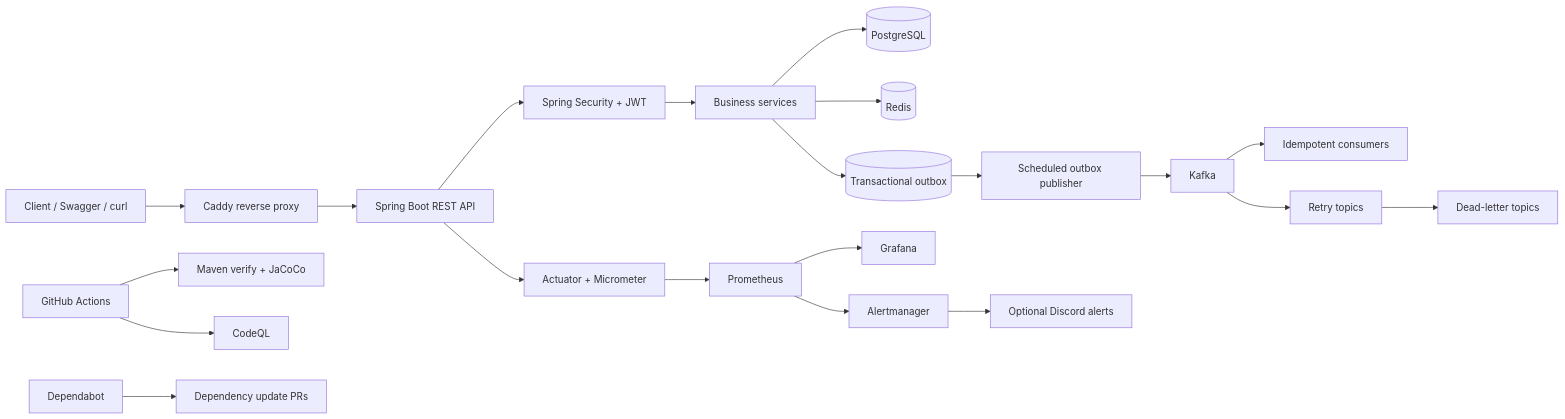
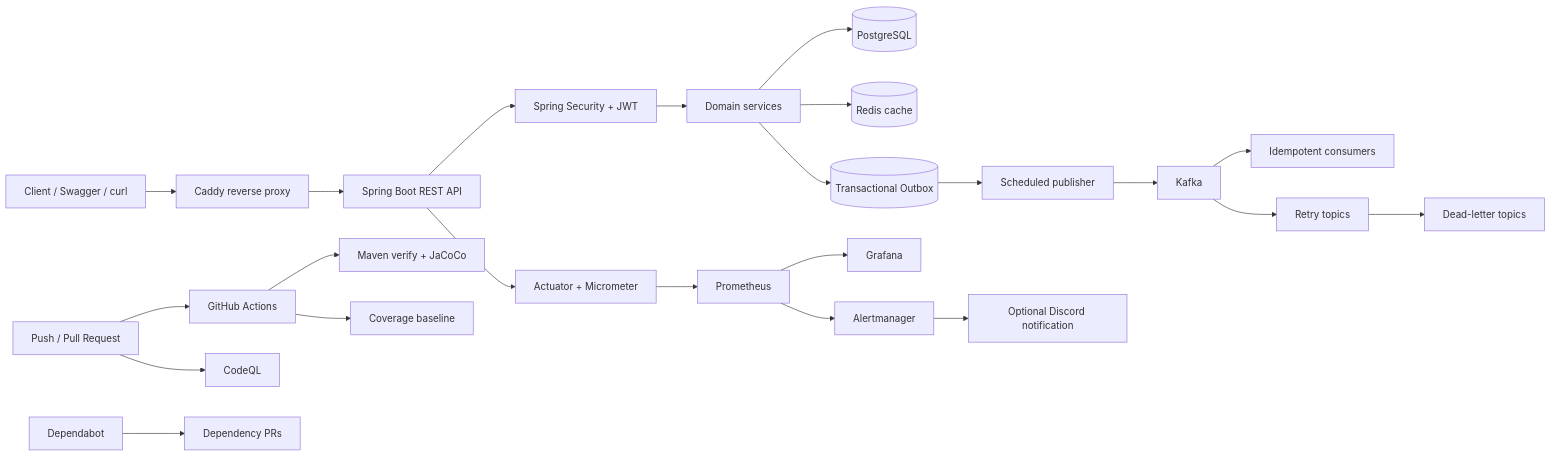
One commit to ravan-chuang/spring-boot-ecommerce-backend changed the first of 2 diagrams in README.md. Above: the diagram before and after it, drawn with Mermaid. The commit also changed other lines of this file and 4 other files, not shown here.

````diff
--- a/README.md
+++ b/README.md
@@ -43,27 +50,29 @@
 ```mermaid
 flowchart LR
-    Client[Client / Swagger / curl] --> Proxy[Caddy reverse proxy]
-    Proxy --> API[Spring Boot REST API]
+    Client[Client / Swagger / curl] --> Caddy[Caddy reverse proxy]
+    Caddy --> API[Spring Boot REST API]
     API --> Security[Spring Security + JWT]
-    Security --> Services[Business services]
+    Security --> Services[Domain services]
 
     Services --> PostgreSQL[(PostgreSQL)]
-    Services --> Redis[(Redis)]
-    Services --> Outbox[(Transactional outbox)]
+    Services --> Redis[(Redis cache)]
+    Services --> Outbox[(Transactional Outbox)]
 
-    Outbox --> Publisher[Scheduled outbox publisher]
+    Outbox --> Publisher[Scheduled publisher]
     Publisher --> Kafka[Kafka]
-    Kafka --> Consumers[Idempotent consumers]
+    Kafka --> Consumer[Idempotent consumers]
     Kafka --> Retry[Retry topics]
     Retry --> DLT[Dead-letter topics]
 
     API --> Metrics[Actuator + Micrometer]
     Metrics --> Prometheus[Prometheus]
     Prometheus --> Grafana[Grafana]
     Prometheus --> Alertmanager[Alertmanager]
-    Alertmanager --> Discord[Optional Discord alerts]
+    Alertmanager --> Discord[Optional Discord notification]
 
-    CI[GitHub Actions] --> Verify[Maven verify + JaCoCo]
-    CI --> CodeQL[CodeQL]
-    Dependabot[Dependabot] --> PRs[Dependency update PRs]
+    GitHub[Push / Pull Request] --> CI[GitHub Actions]
+    CI --> Verify[Maven verify + JaCoCo]
+    CI --> Baseline[Coverage baseline]
+    GitHub --> CodeQL[CodeQL]
+    Dependabot[Dependabot] --> PullRequests[Dependency PRs]
 ```
````
